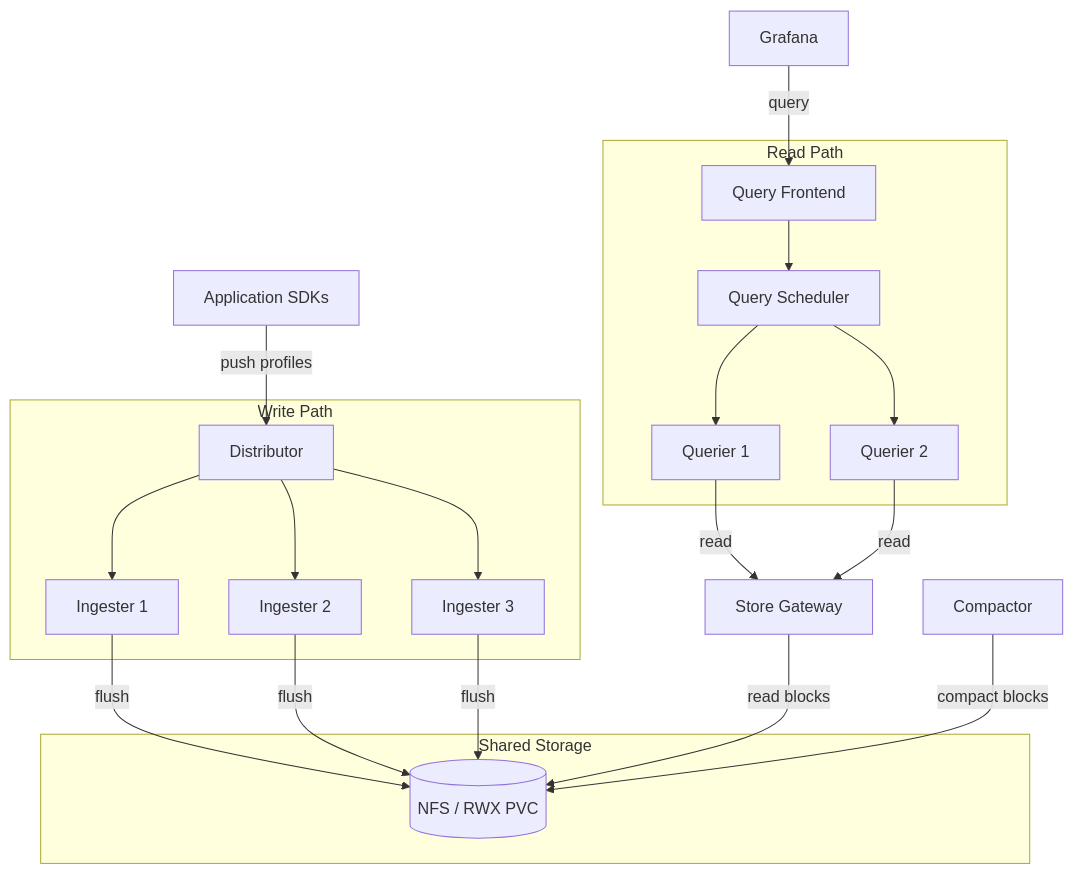
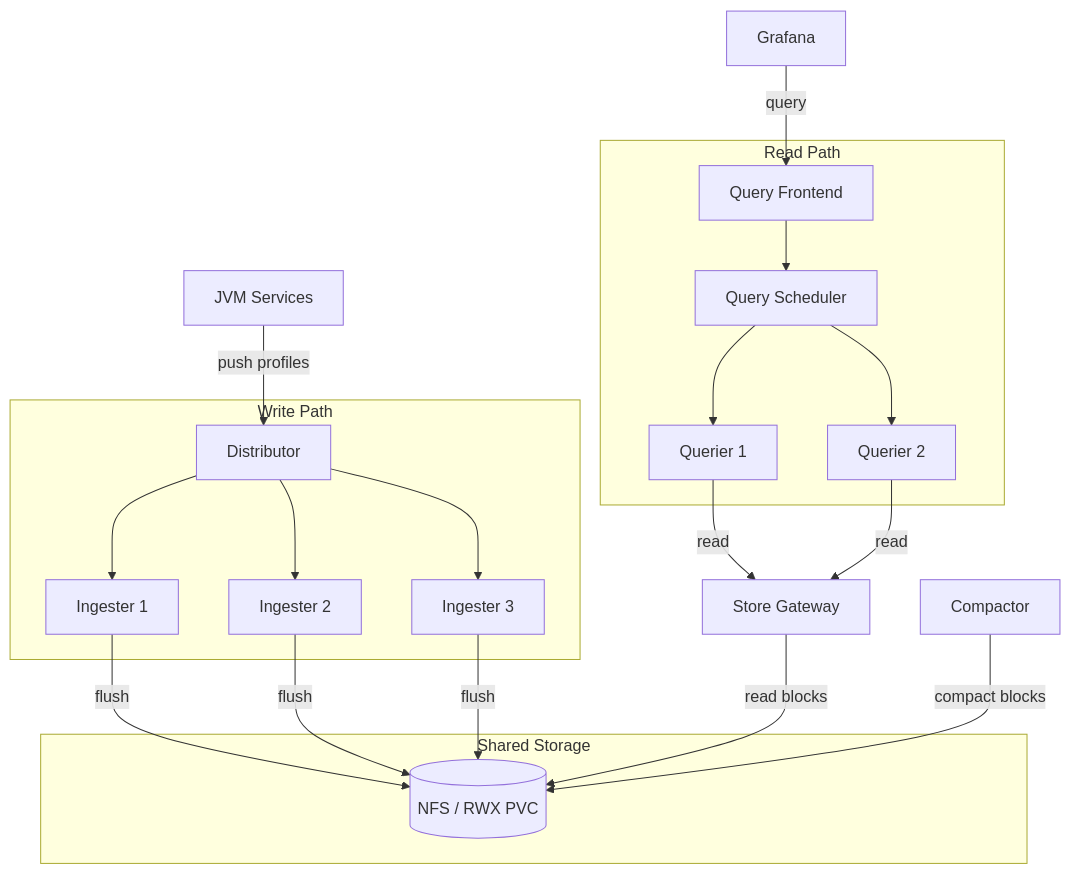
Before and after one commit to aff0gat000/pyroscope: the diagram in deploy/microservices/README.md, drawn with Mermaid. The commit also changed 13 other files, not shown here.

First line of the commit message:
Clean up doc language and fix deploy diagrams

````diff
--- a/deploy/microservices/README.md
+++ b/deploy/microservices/README.md
@@ -7,32 +7,32 @@
 ```mermaid
 graph TB
-    SDK[Application SDKs] -->|push profiles| DIST[Distributor]
+    SDK[JVM Services] -->|push profiles| DIST[Distributor]
     G[Grafana] -->|query| QF[Query Frontend]
 
     subgraph Write Path
         DIST --> ING1[Ingester 1]
         DIST --> ING2[Ingester 2]
         DIST --> ING3[Ingester 3]
     end
 
     subgraph Read Path
         QF --> QS[Query Scheduler]
         QS --> Q1[Querier 1]
         QS --> Q2[Querier 2]
     end
 
     SG[Store Gateway]
     C[Compactor]
 
     subgraph Shared Storage
         NFS[("NFS / RWX PVC")]
     end
 
     ING1 -->|flush| NFS
     ING2 -->|flush| NFS
     ING3 -->|flush| NFS
     Q1 -->|read| SG
     Q2 -->|read| SG
     SG -->|read blocks| NFS
     C -->|compact blocks| NFS
 ```
````
